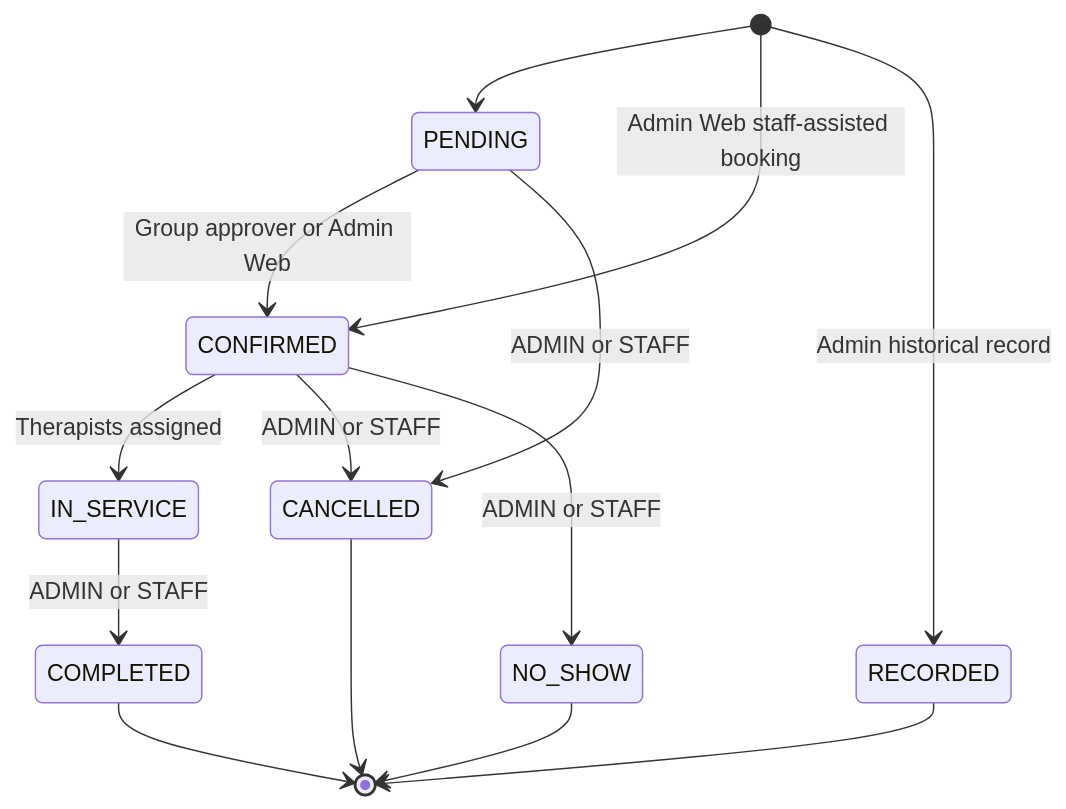
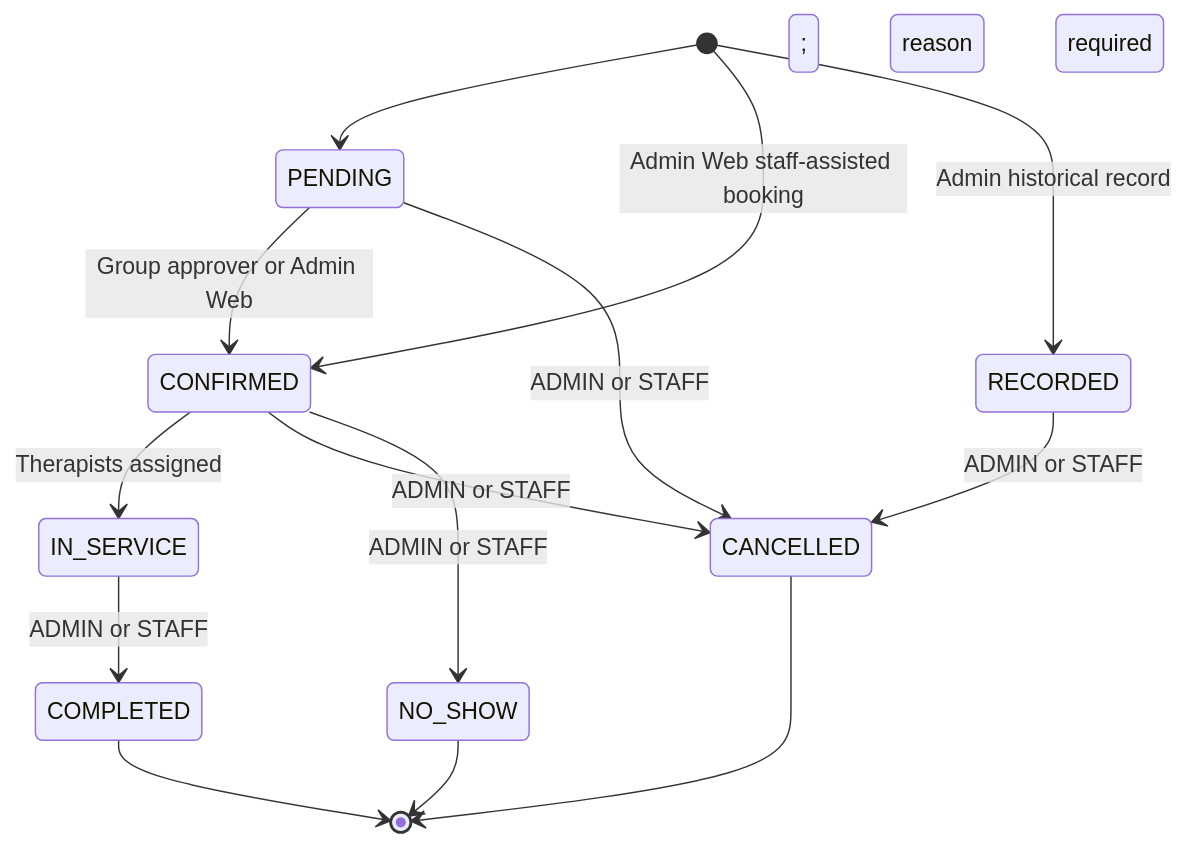
One commit to chonlathan-cloud/Project_microprojectP49_frontend changed the fourth of 4 diagrams in SPA/Document/HLD.md. Above: the diagram before and after it, drawn with Mermaid. The commit also changed other lines of this file and 11 other files, not shown here.

````diff
--- a/SPA/Document/HLD.md
+++ b/SPA/Document/HLD.md
@@ -446,16 +446,16 @@
 ```mermaid
 stateDiagram-v2
     [*] --> PENDING
     [*] --> CONFIRMED: Admin Web staff-assisted booking
     [*] --> RECORDED: Admin historical record
     PENDING --> CONFIRMED: Group approver or Admin Web
     PENDING --> CANCELLED: ADMIN or STAFF
     CONFIRMED --> IN_SERVICE: Therapists assigned
     CONFIRMED --> CANCELLED: ADMIN or STAFF
     CONFIRMED --> NO_SHOW: ADMIN or STAFF
     IN_SERVICE --> COMPLETED: ADMIN or STAFF
+    RECORDED --> CANCELLED: ADMIN or STAFF; reason required
     COMPLETED --> [*]
-    RECORDED --> [*]
     CANCELLED --> [*]
     NO_SHOW --> [*]
 ```
````
